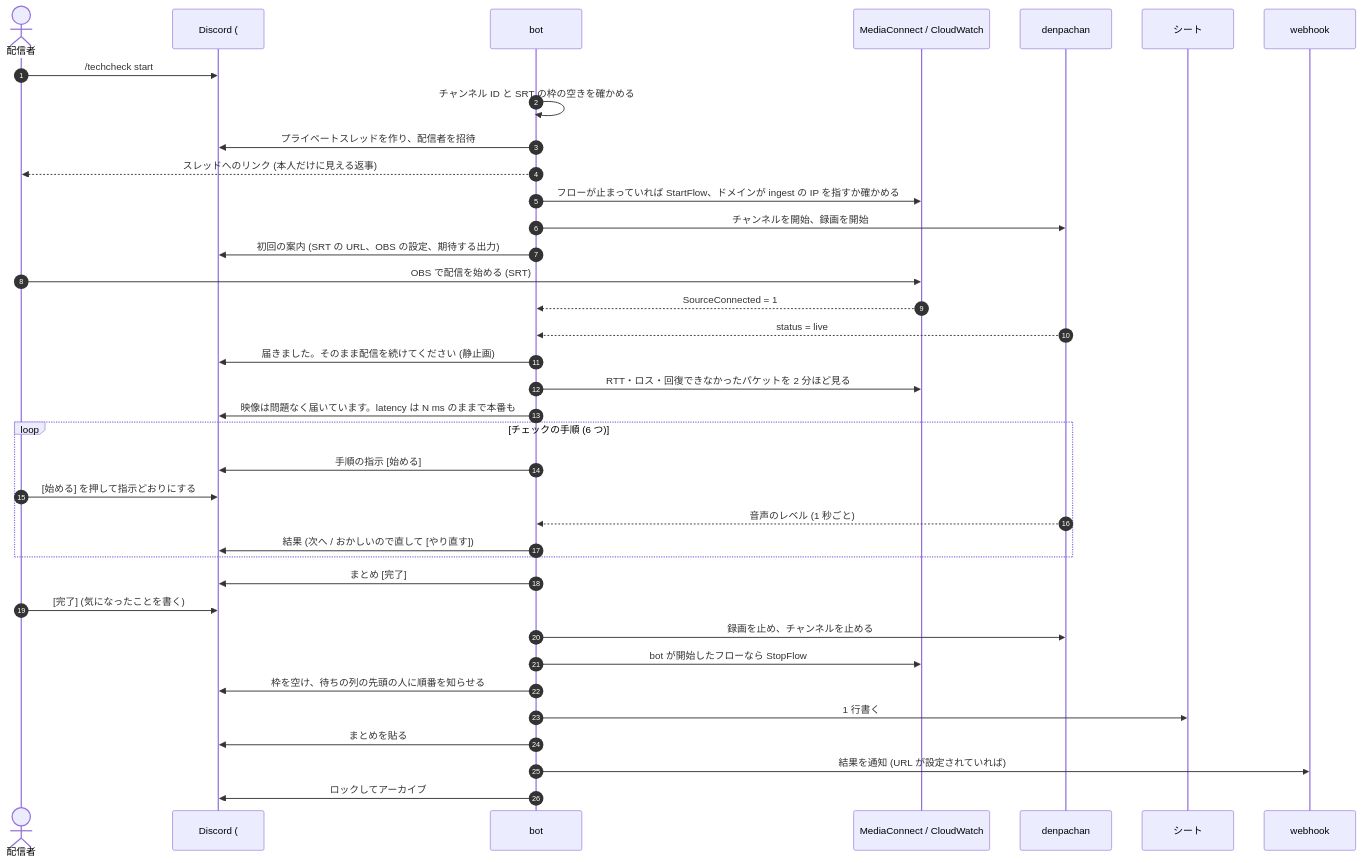
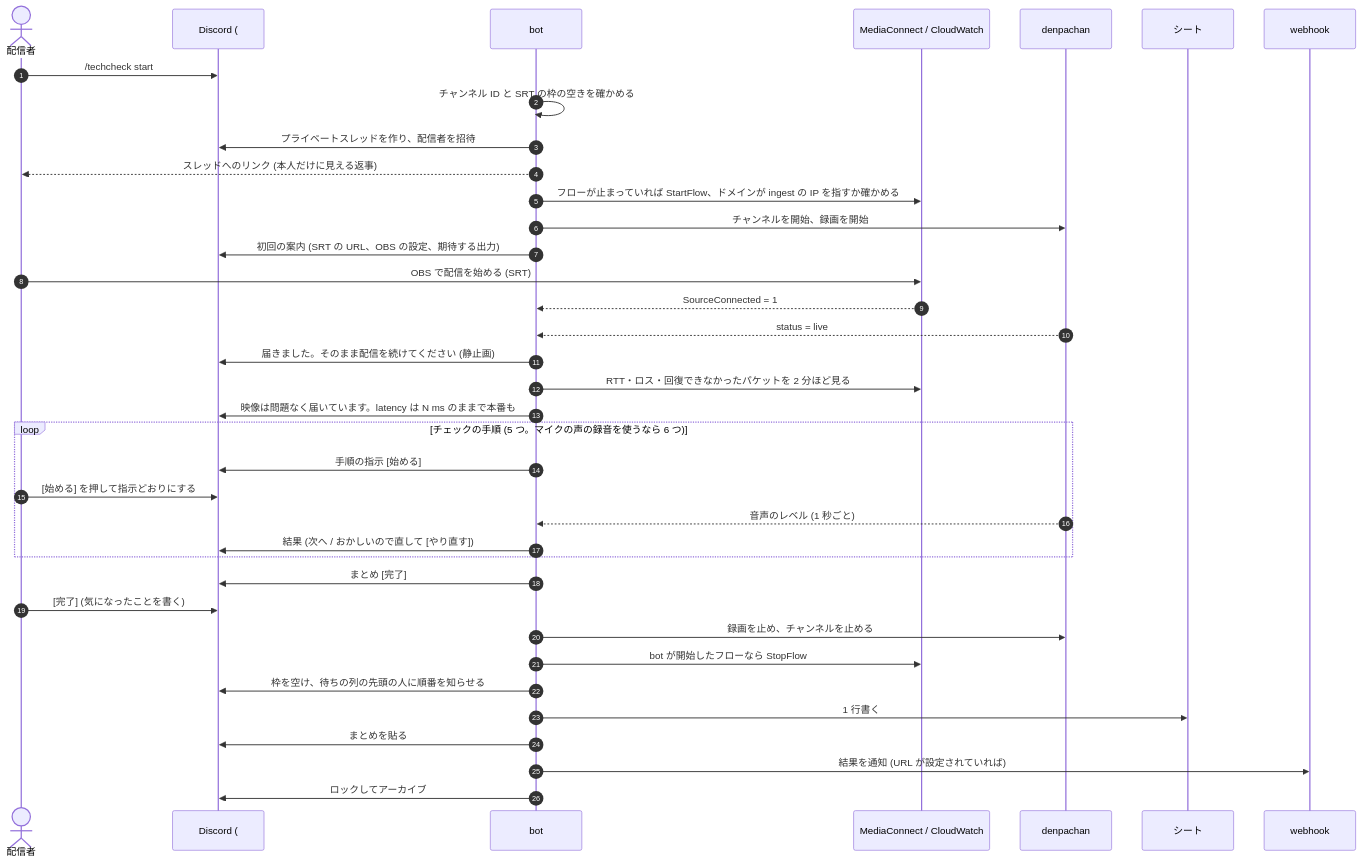
Before and after one commit to RTAinJapan/techcheck-bot: the second of 2 diagrams in docs/design.md, drawn with Mermaid. The commit also changed other lines of this file and 22 other files, not shown here.

````diff
--- a/docs/design.md
+++ b/docs/design.md
@@ -401,39 +406,39 @@
 ```mermaid
 sequenceDiagram
     autonumber
     actor P as 配信者
     participant T as Discord (#配信テスト / スレッド)
     participant B as bot
     participant M as MediaConnect / CloudWatch
     participant E as denpachan
     participant S as シート
     participant W as webhook
     P->>T: /techcheck start
     B->>B: チャンネル ID と SRT の枠の空きを確かめる
     B->>T: プライベートスレッドを作り、配信者を招待
     B-->>P: スレッドへのリンク (本人だけに見える返事)
     B->>M: フローが止まっていれば StartFlow、ドメインが ingest の IP を指すか確かめる
     B->>E: チャンネルを開始、録画を開始
     B->>T: 初回の案内 (SRT の URL、OBS の設定、期待する出力)
     P->>M: OBS で配信を始める (SRT)
     M-->>B: SourceConnected = 1
     E-->>B: status = live
     B->>T: 届きました。そのまま配信を続けてください (静止画)
     B->>M: RTT・ロス・回復できなかったパケットを 2 分ほど見る
     B->>T: 映像は問題なく届いています。latency は N ms のままで本番も
-    loop チェックの手順 (6 つ)
+    loop チェックの手順 (5 つ。マイクの声の録音を使うなら 6 つ)
         B->>T: 手順の指示 [始める]
         P->>T: [始める] を押して指示どおりにする
         E-->>B: 音声のレベル (1 秒ごと)
         B->>T: 結果 (次へ / おかしいので直して [やり直す])
     end
     B->>T: まとめ [完了]
     P->>T: [完了] (気になったことを書く)
     B->>E: 録画を止め、チャンネルを止める
     B->>M: bot が開始したフローなら StopFlow
     B->>T: 枠を空け、待ちの列の先頭の人に順番を知らせる
     B->>S: 1 行書く
     B->>T: まとめを貼る
     B->>W: 結果を通知 (URL が設定されていれば)
     B->>T: ロックしてアーカイブ
 ```
````
